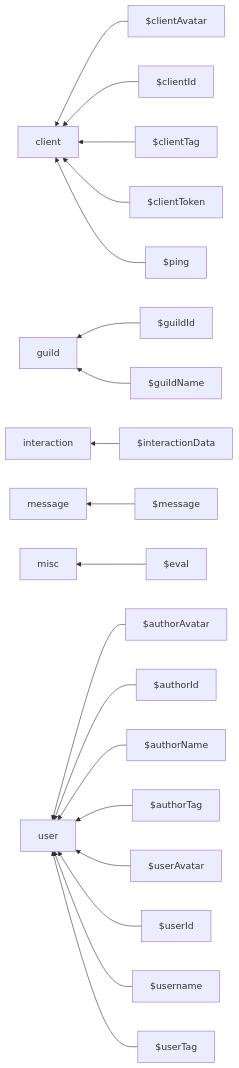
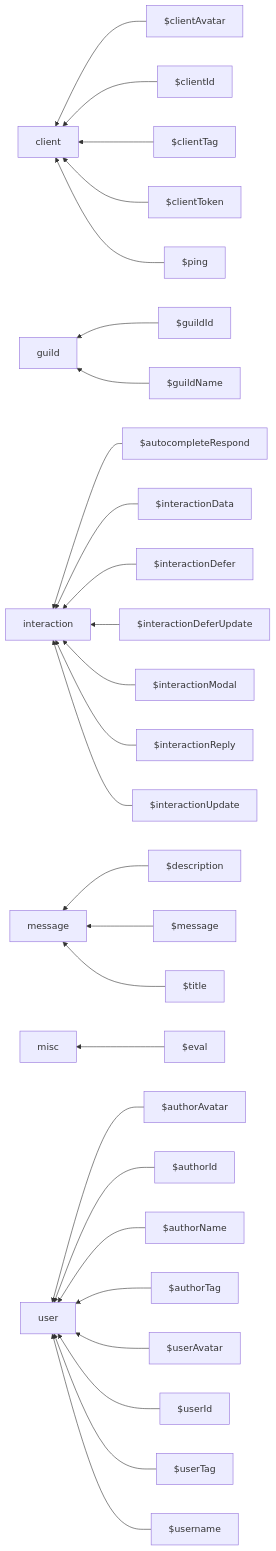
The diagram in src/functions/discord/README.md (aoijs/aoi.js), drawn with Mermaid before and after one commit. The commit also changed 5 other files, not shown here.

````diff
--- a/src/functions/discord/README.md
+++ b/src/functions/discord/README.md
@@ -5,22 +5,30 @@
 ```mermaid
 graph RL;
 $clientAvatar --> client;
 $clientId --> client;
 $clientTag --> client;
 $clientToken --> client;
 $ping --> client;
 $guildId --> guild;
 $guildName --> guild;
+$autocompleteRespond --> interaction;
 $interactionData --> interaction;
+$interactionDefer --> interaction;
+$interactionDeferUpdate --> interaction;
+$interactionModal --> interaction;
+$interactionReply --> interaction;
+$interactionUpdate --> interaction;
+$description --> message;
 $message --> message;
+$title --> message;
 $eval --> misc;
 $authorAvatar --> user;
 $authorId --> user;
 $authorName --> user;
 $authorTag --> user;
 $userAvatar --> user;
 $userId --> user;
+$userTag --> user;
 $username --> user;
-$userTag --> user;
 
 ```
````
